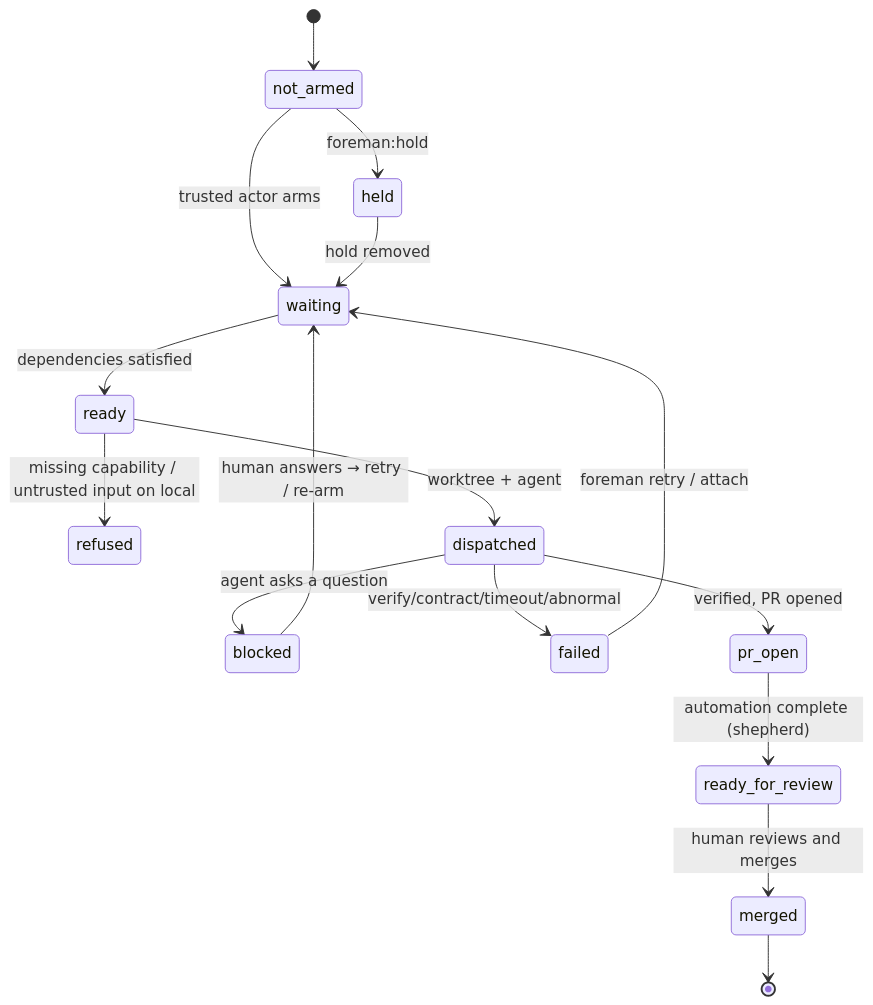
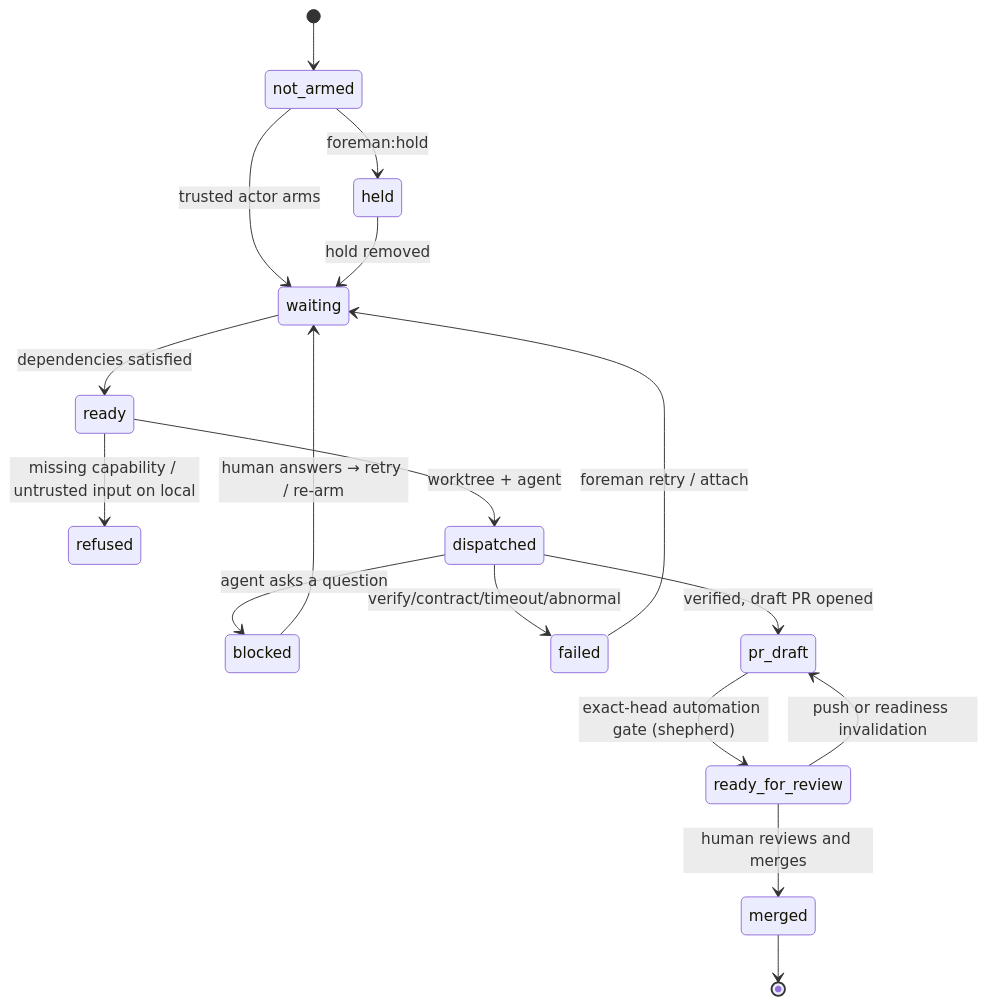
The second of 2 diagrams in docs/product/domain.md (ponderousdev/foreman), drawn with Mermaid before and after one commit. The commit also changed 8 other files, not shown here.

````diff
--- a/docs/product/domain.md
+++ b/docs/product/domain.md
@@ -54,18 +54,19 @@
 ```mermaid
 stateDiagram-v2
     [*] --> not_armed
     not_armed --> waiting : trusted actor arms
     held --> waiting : hold removed
     not_armed --> held : foreman:hold
     waiting --> ready : dependencies satisfied
     ready --> refused : missing capability / untrusted input on local
     ready --> dispatched : worktree + agent
     dispatched --> blocked : agent asks a question
     dispatched --> failed : verify/contract/timeout/abnormal
-    dispatched --> pr_open : verified, PR opened
-    pr_open --> ready_for_review : automation complete (shepherd)
+    dispatched --> pr_draft : verified, draft PR opened
+    pr_draft --> ready_for_review : exact-head automation gate (shepherd)
+    ready_for_review --> pr_draft : push or readiness invalidation
     ready_for_review --> merged : human reviews and merges
     blocked --> waiting : human answers → retry / re-arm
     failed --> waiting : foreman retry / attach
     merged --> [*]
 ```
````
